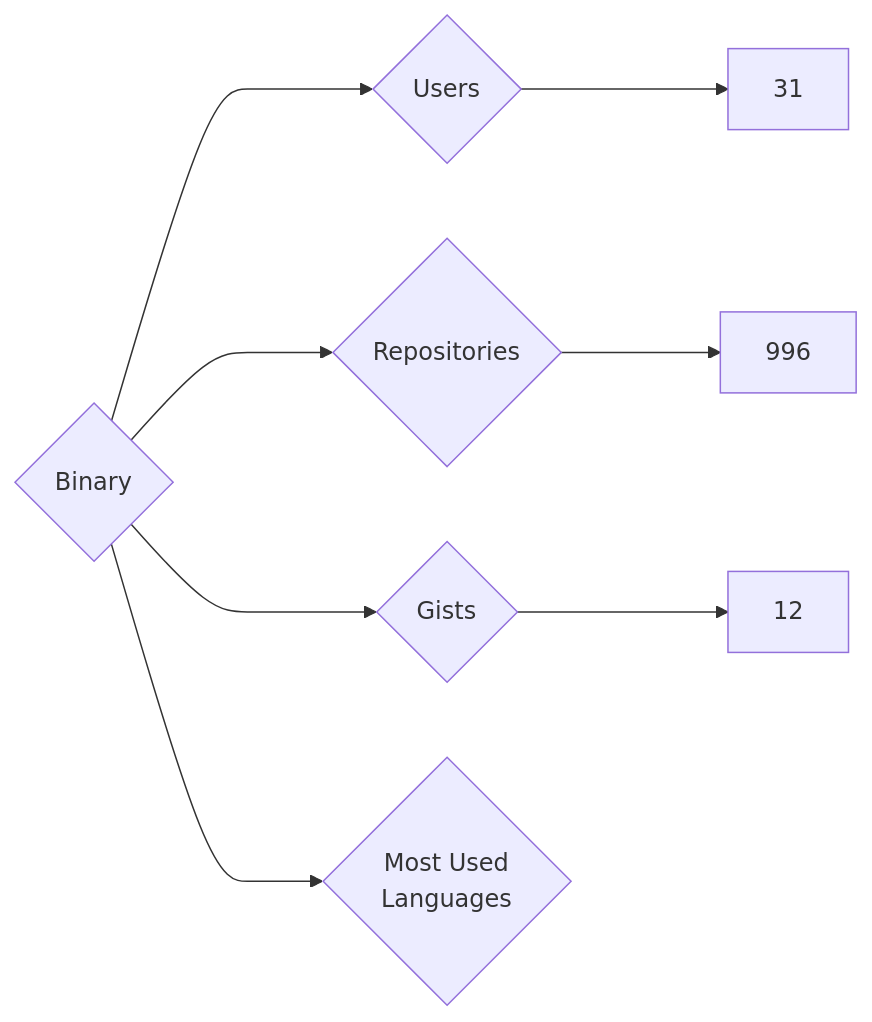
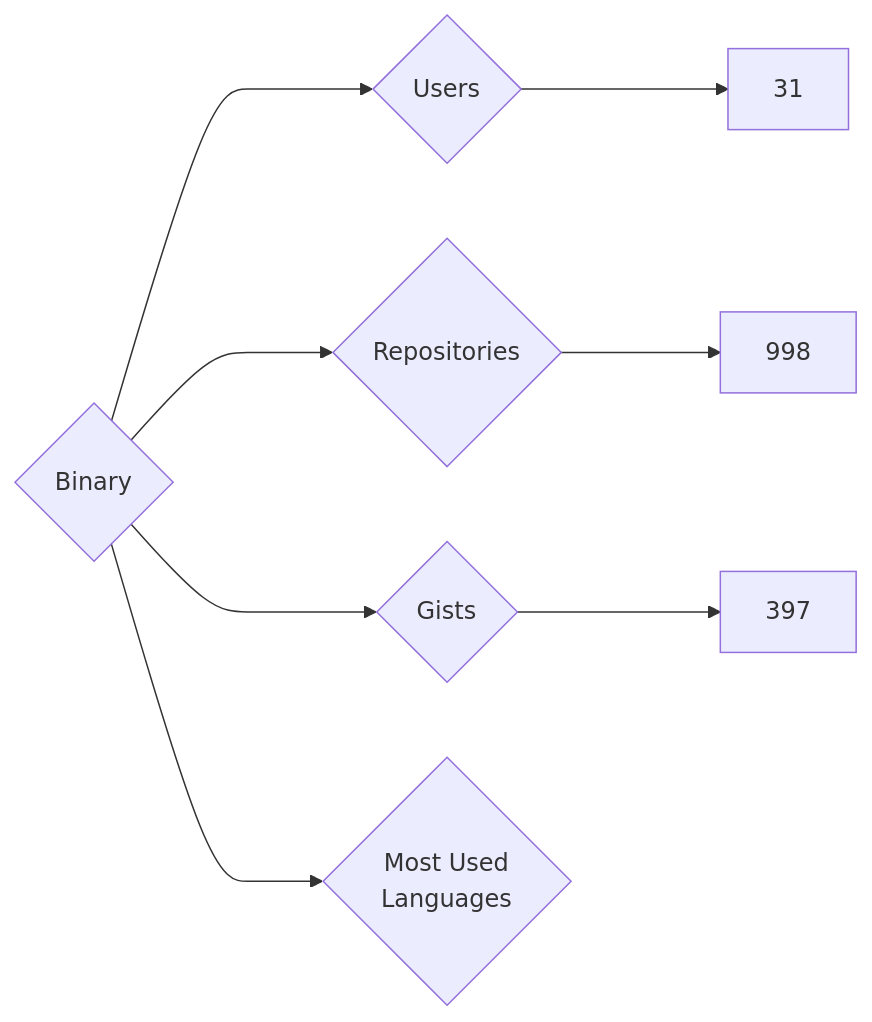
The diagram in targets/Binary/README.md (nenadzaric/insiders), drawn with Mermaid before and after one commit. The commit also changed 1342 other files, not shown here.

````diff
--- a/targets/Binary/README.md
+++ b/targets/Binary/README.md
@@ -3,8 +3,8 @@
 ```mermaid
 graph LR
 COMPANY_NAME{Binary}
 COMPANY_NAME ---> U{Users} ---> UN[31]
-COMPANY_NAME ---> R{Repositories} ---> RN[996]
-COMPANY_NAME ---> G{Gists} ---> GN[12]
+COMPANY_NAME ---> R{Repositories} ---> RN[998]
+COMPANY_NAME ---> G{Gists} ---> GN[397]
 COMPANY_NAME ---> ML{Most Used<br>Languages}
 ```
````
